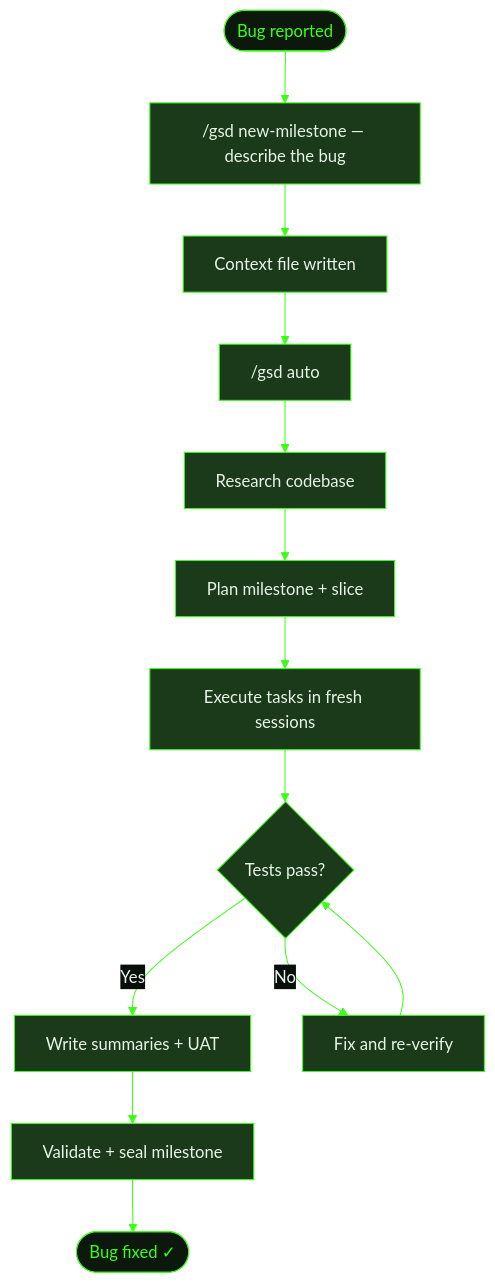
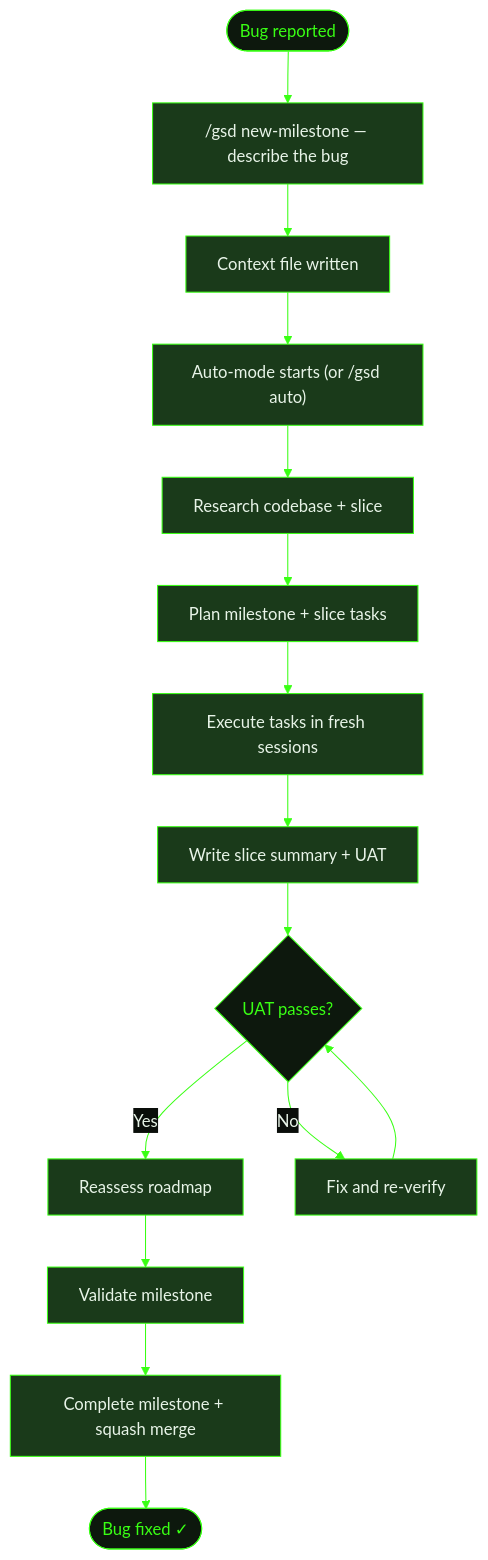
One commit to shusha-group/gsd2-guide changed the diagram in src/content/docs/recipes/fix-a-bug.mdx. Above: the diagram before and after it, drawn with Mermaid. The commit also changed other lines of this file and 33 other files, not shown here.

````diff
--- a/src/content/docs/recipes/fix-a-bug.mdx
+++ b/src/content/docs/recipes/fix-a-bug.mdx
@@ -156,29 +173,33 @@
 ```mermaid
 %%{init: {'theme': 'base', 'themeVariables': {'primaryColor': '#1a3a1a', 'primaryTextColor': '#e8f4e8', 'primaryBorderColor': '#39ff14', 'lineColor': '#39ff14', 'secondaryColor': '#0d180d', 'tertiaryColor': '#0d180d', 'background': '#0a0e0a', 'mainBkg': '#1a3a1a', 'nodeBorder': '#39ff14', 'clusterBkg': '#0d180d', 'titleColor': '#39ff14', 'edgeLabelBackground': '#0a0e0a'}}}%%
 flowchart TD
     Start([Bug reported]) --> NewMilestone["/gsd new-milestone — describe the bug"]
     NewMilestone --> Context[Context file written]
-    Context --> Auto["/gsd auto"]
-    Auto --> Research[Research codebase]
-    Research --> Plan[Plan milestone + slice]
+    Context --> Auto["Auto-mode starts (or /gsd auto)"]
+    Auto --> Research[Research codebase + slice]
+    Research --> Plan[Plan milestone + slice tasks]
     Plan --> Execute[Execute tasks in fresh sessions]
-    Execute --> Verify{Tests pass?}
-    Verify -->|Yes| Summary[Write summaries + UAT]
-    Verify -->|No| Fix[Fix and re-verify]
-    Fix --> Verify
-    Summary --> Seal[Validate + seal milestone]
+    Execute --> Complete[Write slice summary + UAT]
+    Complete --> RunUAT{UAT passes?}
+    RunUAT -->|Yes| Reassess[Reassess roadmap]
+    RunUAT -->|No| Fix[Fix and re-verify]
+    Fix --> RunUAT
+    Reassess --> Validate[Validate milestone]
+    Validate --> Seal[Complete milestone + squash merge]
     Seal --> Done([Bug fixed ✓])
 
     style Start fill:#0d180d,stroke:#39ff14,color:#39ff14
     style NewMilestone fill:#1a3a1a,stroke:#39ff14,color:#e8f4e8
     style Context fill:#1a3a1a,stroke:#39ff14,color:#e8f4e8
     style Auto fill:#1a3a1a,stroke:#39ff14,color:#e8f4e8
     style Research fill:#1a3a1a,stroke:#39ff14,color:#e8f4e8
     style Plan fill:#1a3a1a,stroke:#39ff14,color:#e8f4e8
     style Execute fill:#1a3a1a,stroke:#39ff14,color:#e8f4e8
-    style Verify fill:#1a3a1a,stroke:#39ff14,color:#e8f4e8
+    style Complete fill:#1a3a1a,stroke:#39ff14,color:#e8f4e8
+    style RunUAT fill:#0d180d,stroke:#39ff14,color:#39ff14
     style Fix fill:#1a3a1a,stroke:#39ff14,color:#e8f4e8
-    style Summary fill:#1a3a1a,stroke:#39ff14,color:#e8f4e8
+    style Reassess fill:#1a3a1a,stroke:#39ff14,color:#e8f4e8
+    style Validate fill:#1a3a1a,stroke:#39ff14,color:#e8f4e8
     style Seal fill:#1a3a1a,stroke:#39ff14,color:#e8f4e8
     style Done fill:#0d180d,stroke:#39ff14,color:#39ff14
 ```
````
